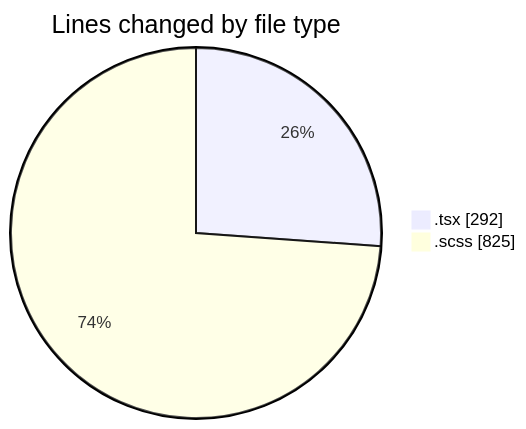
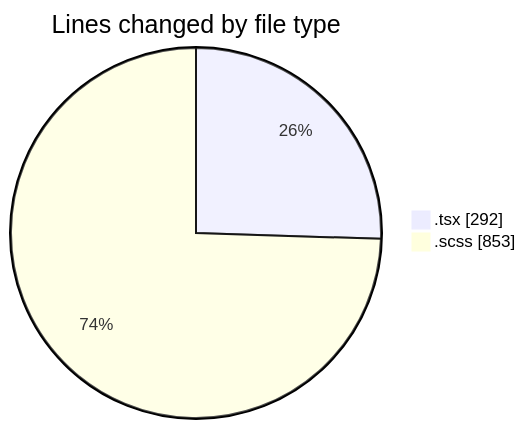
Before and after one commit to momahboobian/code-tracking: the first of 2 diagrams in 2025-09-19/cda/README.md, drawn with Mermaid. The commit also changed other lines of this file and 1 other file, not shown here.

````diff
--- a/2025-09-19/cda/README.md
+++ b/2025-09-19/cda/README.md
@@ -21,6 +21,6 @@
 ```mermaid
 pie showData
 title Lines changed by file type
 ".tsx" : 292
-".scss" : 825
+".scss" : 853
 ```
````
